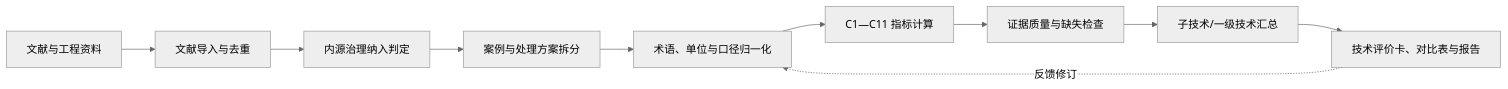
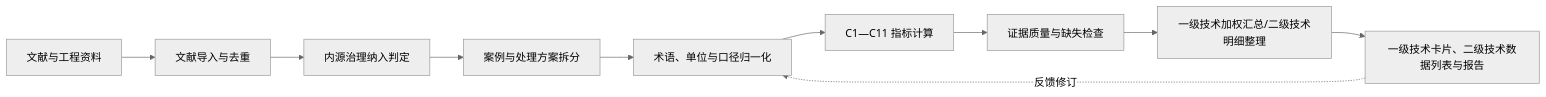
The diagram in 内源治理技术评价系统_设计方案.md (xiaomengli231-cyber/Technology-evaluation-general-), drawn with Mermaid (neutral theme) before and after one commit. The commit also changed other lines of this file, not shown here.

````diff
--- a/内源治理技术评价系统_设计方案.md
+++ b/内源治理技术评价系统_设计方案.md
@@ -73,12 +73,12 @@
 ```mermaid
 flowchart LR
     A[文献与工程资料] --> B[文献导入与去重]
     B --> C[内源治理纳入判定]
     C --> D[案例与处理方案拆分]
     D --> E[术语、单位与口径归一化]
     E --> F[C1—C11 指标计算]
     F --> G[证据质量与缺失检查]
-    G --> H[子技术/一级技术汇总]
-    H --> I[技术评价卡、对比表与报告]
+    G --> H[一级技术加权汇总/二级技术明细整理]
+    H --> I[一级技术卡片、二级技术数据列表与报告]
     I -.反馈修订.-> E
 ```
````
